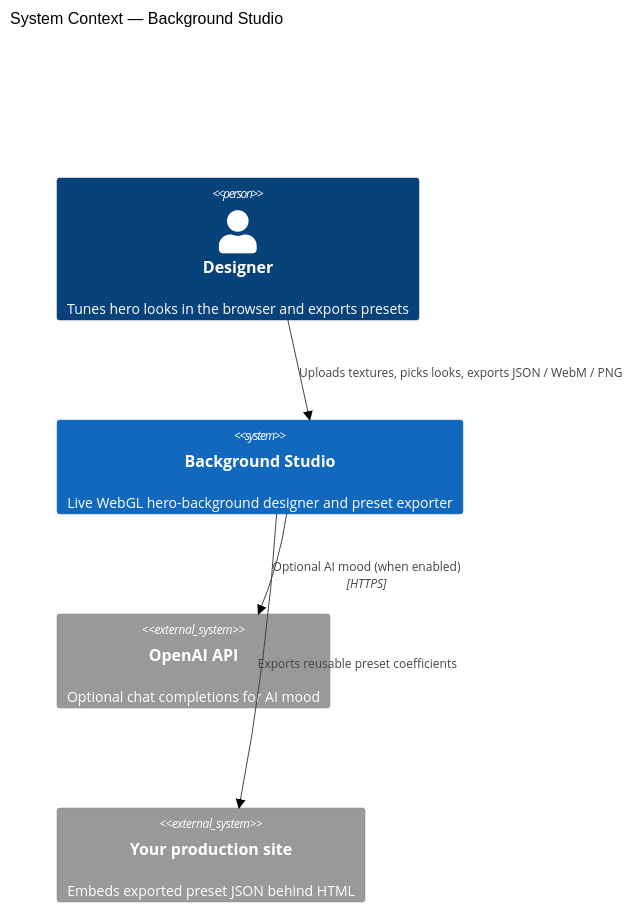
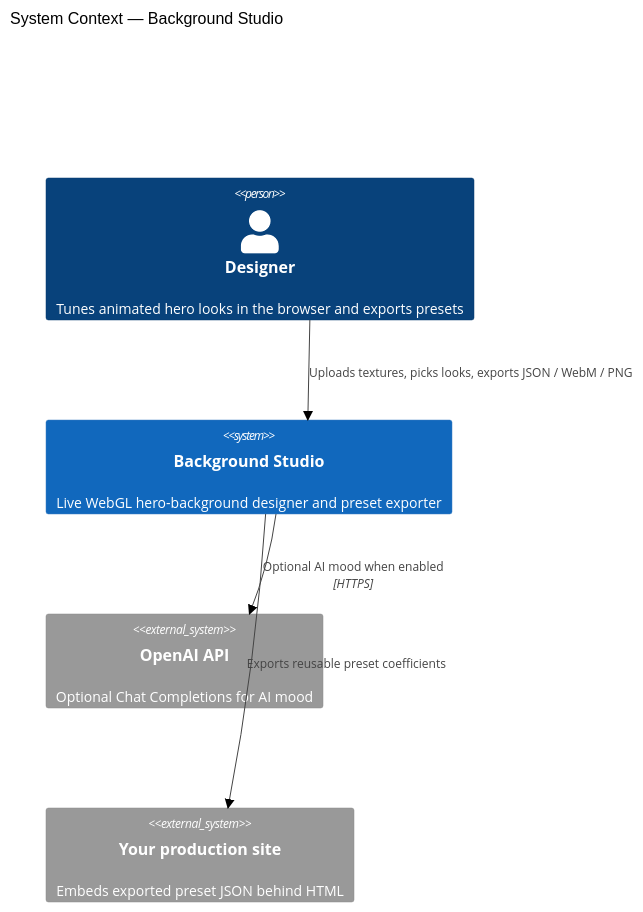
Before and after one commit to aryanjohari/web-image-editor: the diagram in docs/c4/1-context.mmd, drawn with Mermaid (neutral theme). The commit also changed 16 other files, not shown here.

```diff
--- a/docs/c4/1-context.mmd
+++ b/docs/c4/1-context.mmd
@@ -1,10 +1,10 @@
 C4Context
   title System Context — Background Studio
-  Person(designer, "Designer", "Tunes hero looks in the browser and exports presets")
+  Person(designer, "Designer", "Tunes animated hero looks in the browser and exports presets")
   System(studio, "Background Studio", "Live WebGL hero-background designer and preset exporter")
-  System_Ext(openai, "OpenAI API", "Optional chat completions for AI mood")
+  System_Ext(openai, "OpenAI API", "Optional Chat Completions for AI mood")
   System_Ext(embedSite, "Your production site", "Embeds exported preset JSON behind HTML")
 
   Rel(designer, studio, "Uploads textures, picks looks, exports JSON / WebM / PNG")
-  Rel(studio, openai, "Optional AI mood (when enabled)", "HTTPS")
+  Rel(studio, openai, "Optional AI mood when enabled", "HTTPS")
   Rel(studio, embedSite, "Exports reusable preset coefficients")
```
